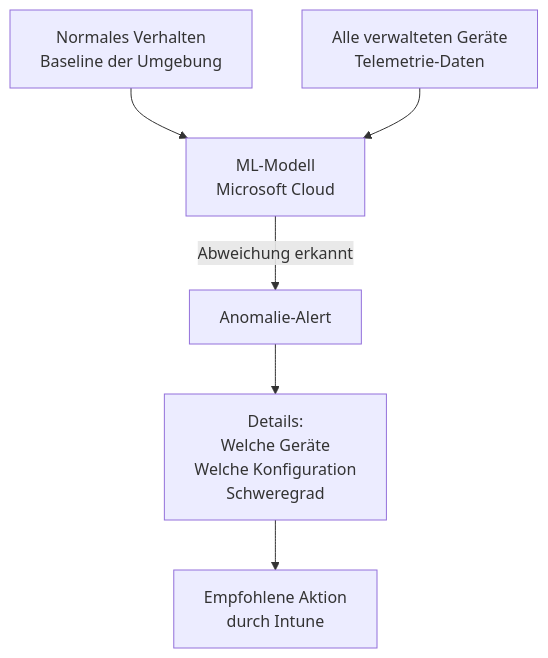
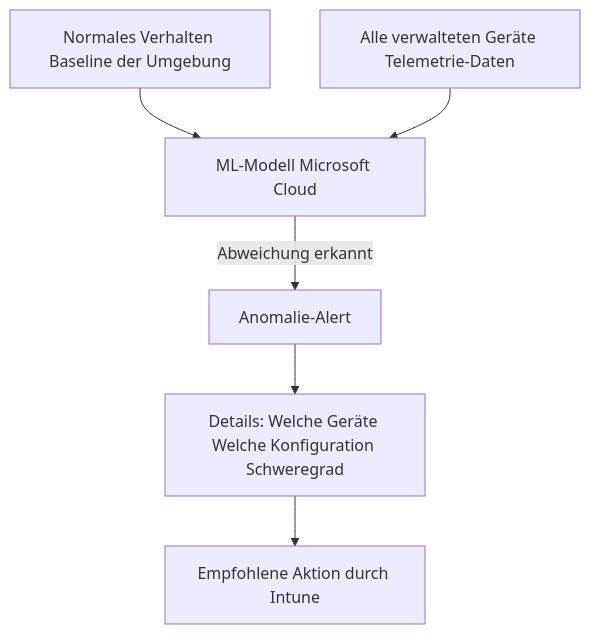
Before and after one commit to SoniiiT/notes-n-docs: the first of 3 diagrams in Microsoft 365/Intune Suite/Advanced Endpoint Analytics.md, drawn with Mermaid. The commit also changed other lines of this file and 124 other files, not shown here.

First line of the commit message:
fix: Entferne \n aus allen Mermaid-Diagrammen (125 Dateien)

````diff
--- a/Microsoft 365/Intune Suite/Advanced Endpoint Analytics.md
+++ b/Microsoft 365/Intune Suite/Advanced Endpoint Analytics.md
@@ -50,8 +50,8 @@
 ```mermaid
 graph TD
-    BASELINE[Normales Verhalten\nBaseline der Umgebung] --> ML[ML-Modell\nMicrosoft Cloud]
-    DEVICES[Alle verwalteten Geräte\nTelemetrie-Daten] --> ML
+    BASELINE[Normales Verhalten Baseline der Umgebung] --> ML[ML-Modell Microsoft Cloud]
+    DEVICES[Alle verwalteten Geräte Telemetrie-Daten] --> ML
     ML -->|Abweichung erkannt| ANOMALY[Anomalie-Alert]
-    ANOMALY --> DETAIL[Details:\nWelche Geräte\nWelche Konfiguration\nSchweregrad]
-    DETAIL --> ACTION[Empfohlene Aktion\ndurch Intune]
+    ANOMALY --> DETAIL[Details: Welche Geräte Welche Konfiguration Schweregrad]
+    DETAIL --> ACTION[Empfohlene Aktion durch Intune]
 ```
````
